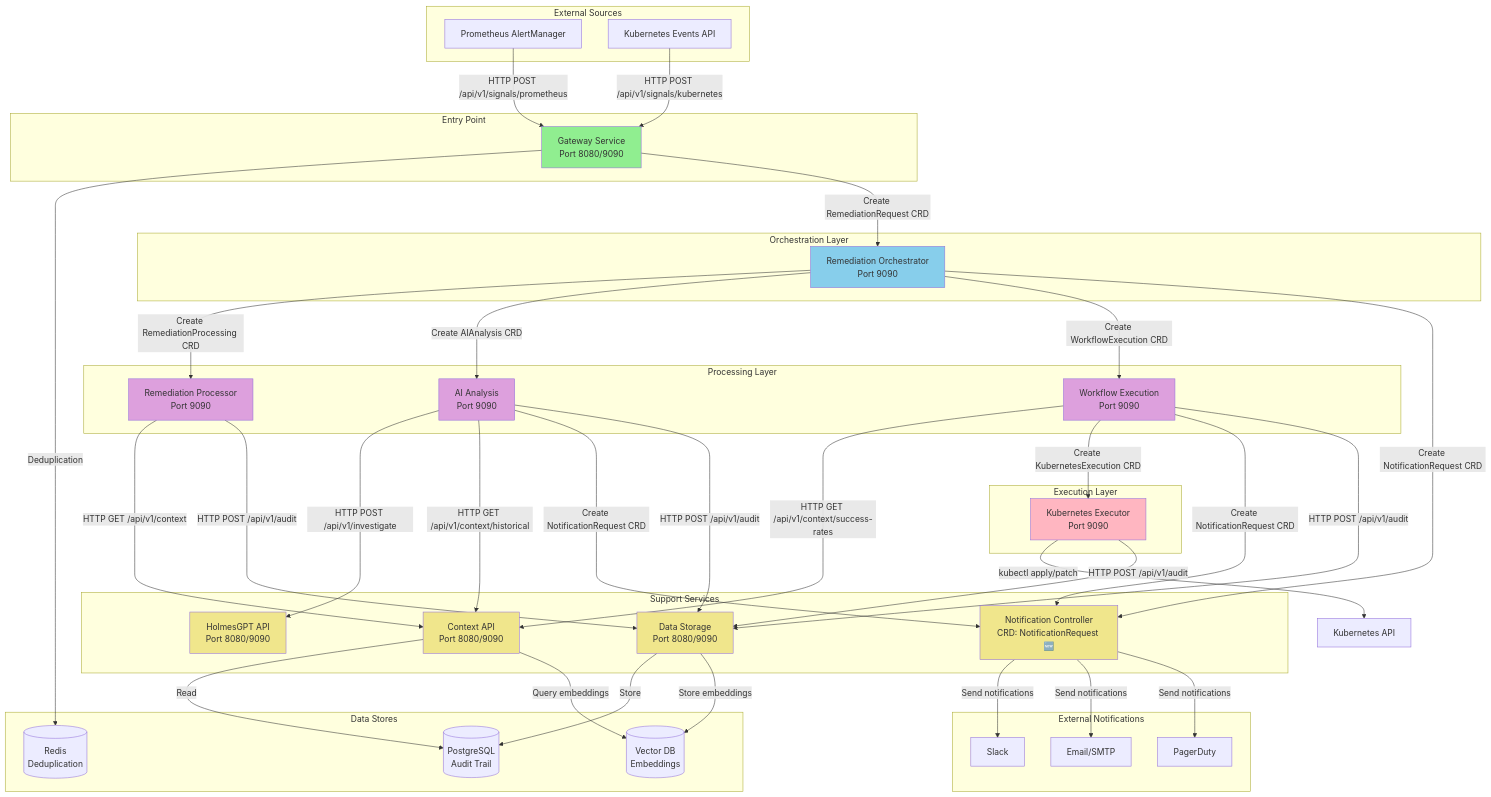
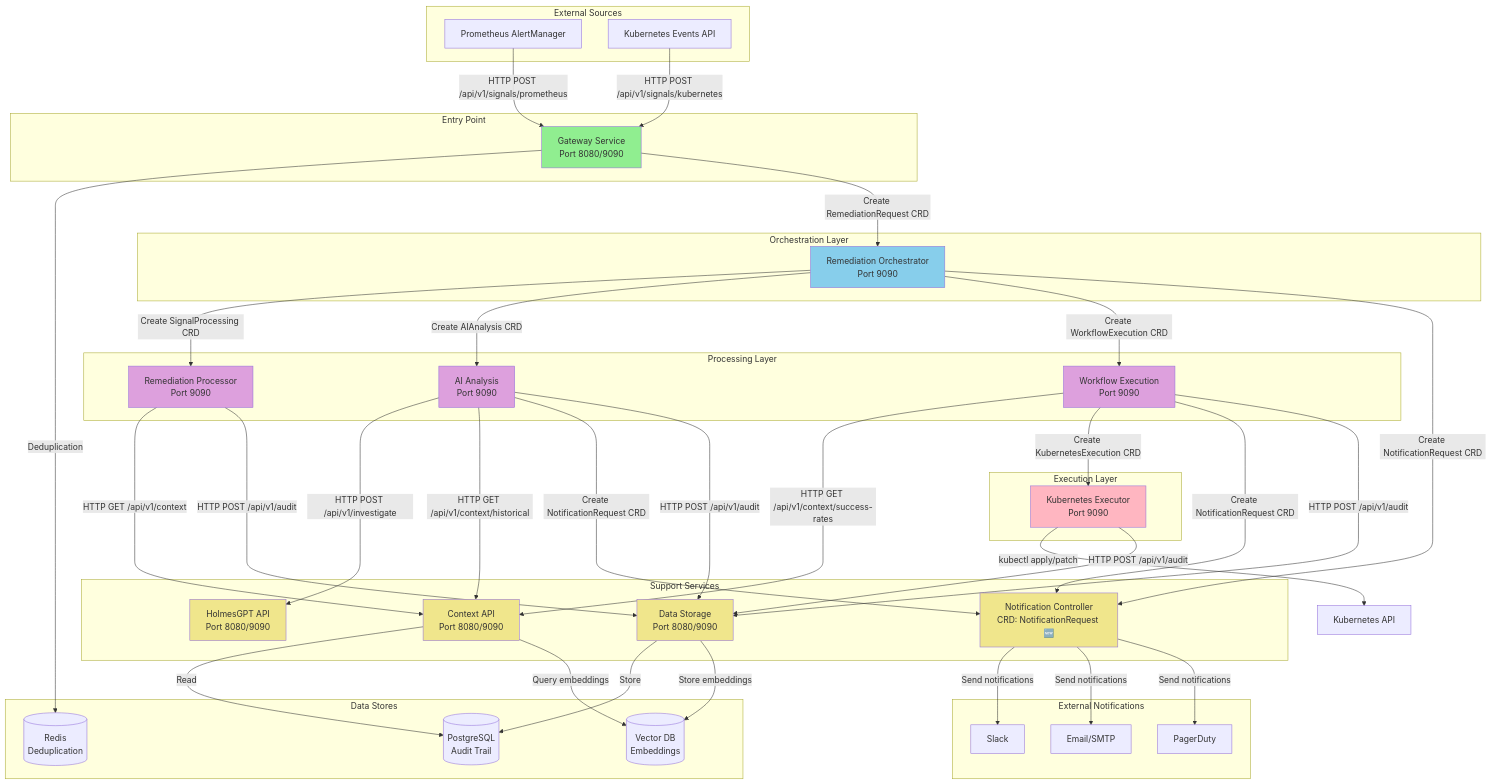
One commit to jordigilh/kubernaut changed the first of 8 diagrams in docs/architecture/SERVICE_DEPENDENCY_MAP.md. Above: the diagram before and after it, drawn with Mermaid. The commit also changed other lines of this file and 142 other files, not shown here.

First line of the commit message:
docs: Complete RemediationProcessing to SignalProcessing rename (DD-SIGNAL-PROCESSING-001)

```diff
--- a/docs/architecture/SERVICE_DEPENDENCY_MAP.md
+++ b/docs/architecture/SERVICE_DEPENDENCY_MAP.md
@@ -99,7 +99,7 @@
     Gateway -->|Create RemediationRequest CRD| RO
 
     %% Orchestrator to Processing Layer
-    RO -->|Create RemediationProcessing CRD| RP
+    RO -->|Create SignalProcessing CRD| RP
     RO -->|Create AIAnalysis CRD| AI
     RO -->|Create WorkflowExecution CRD| WE
 
```
